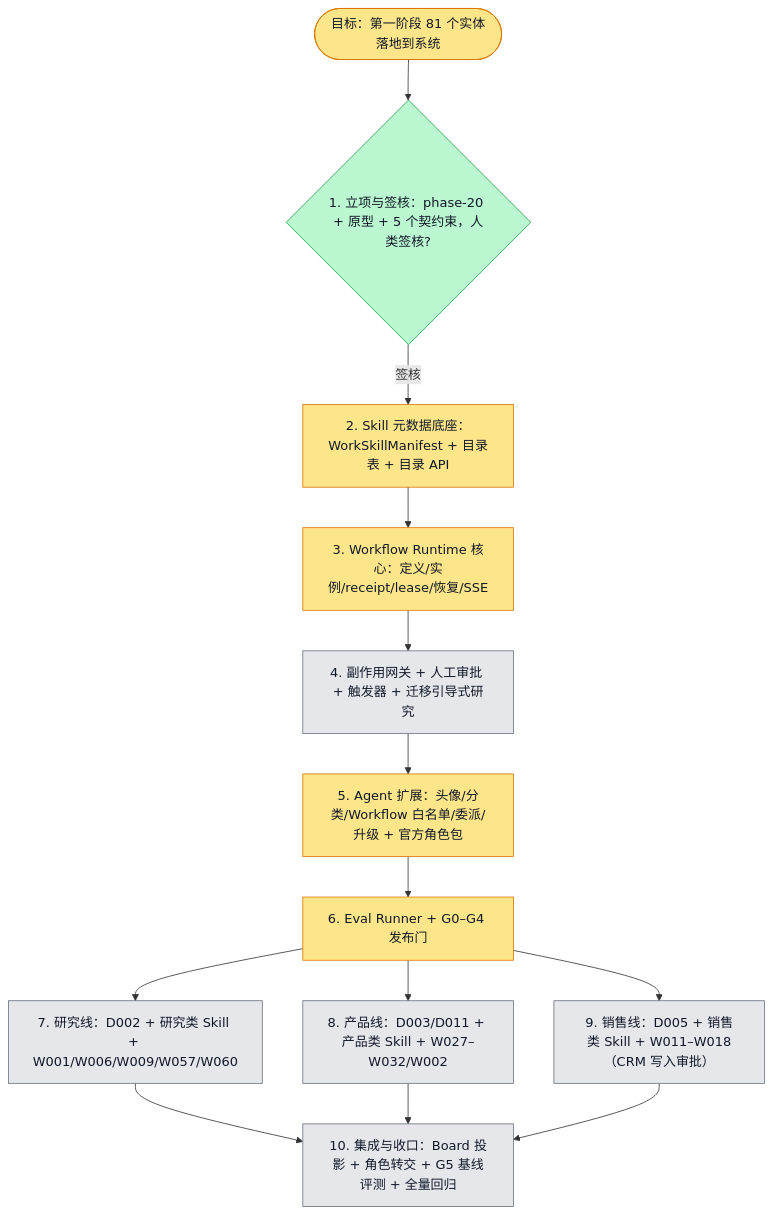
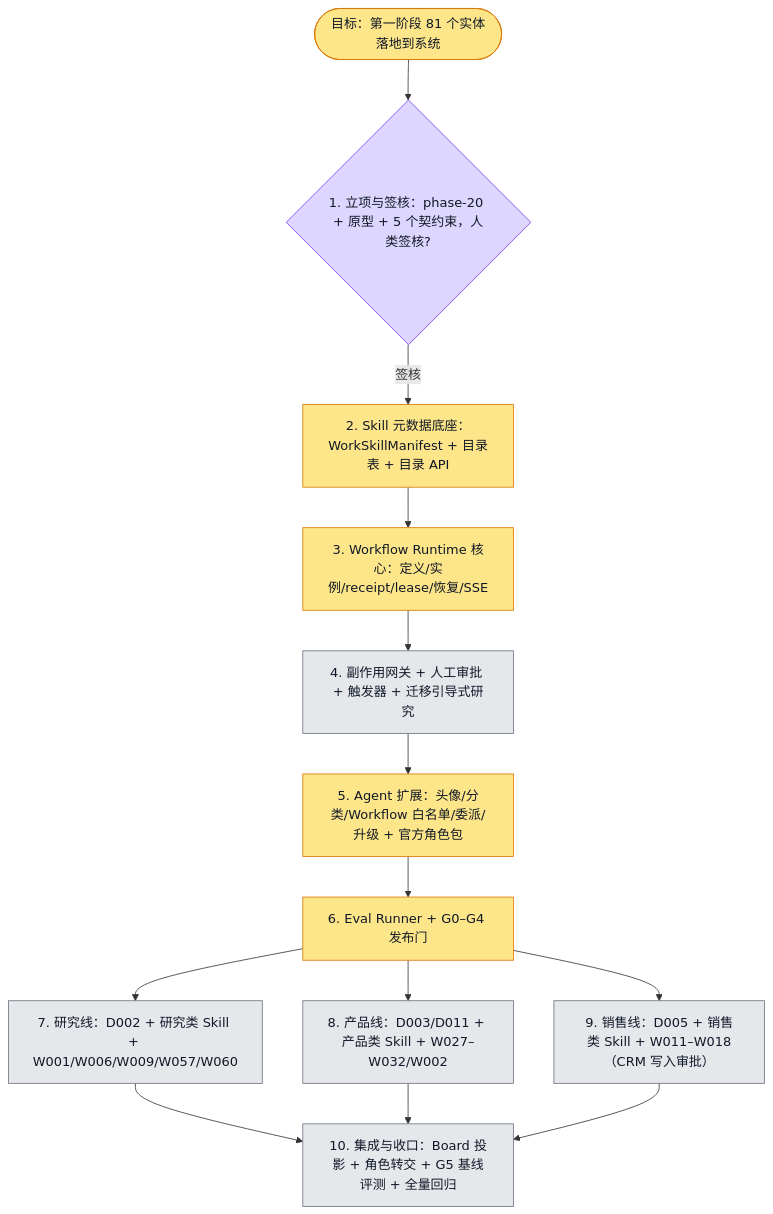
One commit to boardx/workspacex changed the diagram in docs/proposals/WORK-STACK-PHASE1-IMPL.plan.md. Above: the diagram before and after it, drawn with Mermaid. The commit also changed other lines of this file and 1 other file, not shown here.

Commit message:
docs(plan): iteration progress update
Claude-Session: https://claude.ai/code/session_01AktcNKdGsxfAT96ihaeZsq

````diff
--- a/docs/proposals/WORK-STACK-PHASE1-IMPL.plan.md
+++ b/docs/proposals/WORK-STACK-PHASE1-IMPL.plan.md
@@ -16,37 +16,38 @@
 ```mermaid
 flowchart TD
   G([目标：第一阶段 81 个实体落地到系统])
   I1{1. 立项与签核：phase-20 + 原型 + 5 个契约束，人类签核?}
   I2[2. Skill 元数据底座：WorkSkillManifest + 目录表 + 目录 API]
   I3[3. Workflow Runtime 核心：定义/实例/receipt/lease/恢复/SSE]
   I4[4. 副作用网关 + 人工审批 + 触发器 + 迁移引导式研究]
   I5[5. Agent 扩展：头像/分类/Workflow 白名单/委派/升级 + 官方角色包]
   I6[6. Eval Runner + G0–G4 发布门]
   I7[7. 研究线：D002 + 研究类 Skill + W001/W006/W009/W057/W060]
   I8[8. 产品线：D003/D011 + 产品类 Skill + W027–W032/W002]
   I9[9. 销售线：D005 + 销售类 Skill + W011–W018（CRM 写入审批）]
   I10[10. 集成与收口：Board 投影 + 角色转交 + G5 基线评测 + 全量回归]
 
   G --> I1 -- 签核 --> I2 --> I3 --> I4 --> I5 --> I6
   I6 --> I7 --> I10
   I6 --> I8 --> I10
   I6 --> I9 --> I10
 
   classDef todo fill:#e5e7eb,stroke:#6b7280,color:#111827
   classDef doing fill:#fde68a,stroke:#d97706,color:#111827
   classDef done fill:#bbf7d0,stroke:#16a34a,color:#111827
   classDef tested fill:#ddd6fe,stroke:#7c3aed,color:#111827
   classDef blocked fill:#fecaca,stroke:#dc2626,color:#111827
 
   class G doing
-  class I1 done
+  class I1 tested
+  %% evidence I1: validate-fl/lint 全绿；人类在 GitHub 签核 5 束 + 一致性复核；harness doctor --phase 20 = 0 FAIL
   class I2 doing
   class I3 doing
   class I4 todo
   class I5 doing
   class I6 doing
   class I7 todo
   class I8 todo
   class I9 todo
   class I10 todo
 ```
````
